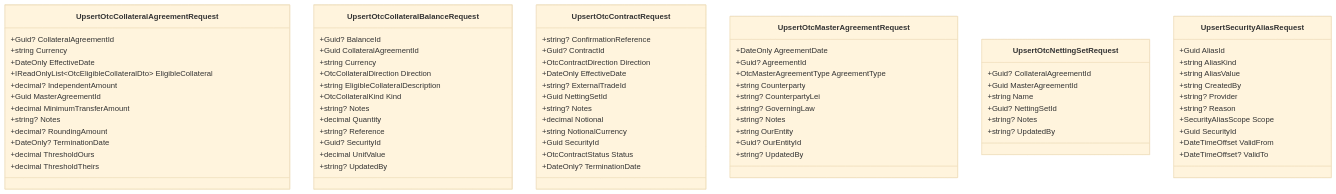
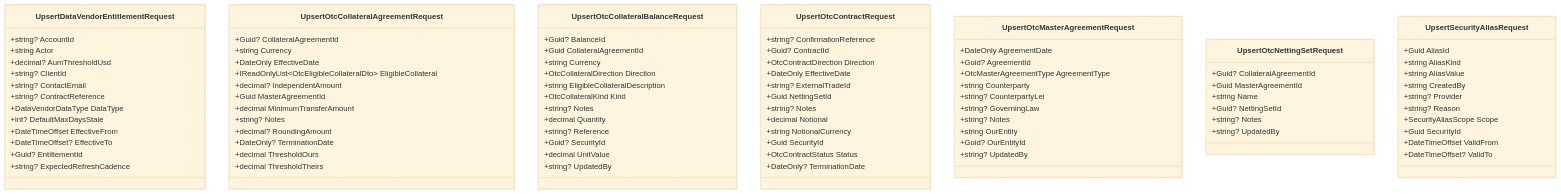
Before and after one commit to rodoHasArrived/Meridian-main: the diagram in docs/generated/database/contracts/security-master-contracts-page-07.md, drawn with Mermaid (base theme). The commit also changed other lines of this file and 22 other files, not shown here.

````diff
--- a/docs/generated/database/contracts/security-master-contracts-page-07.md
+++ b/docs/generated/database/contracts/security-master-contracts-page-07.md
@@ -7,6 +7,20 @@
 ```mermaid
 classDiagram
     %% security-master-contracts: module mapping, not DTO/table equivalence
+    class Meridian_Contracts_SecurityMaster_UpsertDataVendorEntitlementRequest["UpsertDataVendorEntitlementRequest"] {
+        +string? AccountId
+        +string Actor
+        +decimal? AumThresholdUsd
+        +string? ClientId
+        +string? ContactEmail
+        +string? ContractReference
+        +DataVendorDataType DataType
+        +int? DefaultMaxDaysStale
+        +DateTimeOffset EffectiveFrom
+        +DateTimeOffset? EffectiveTo
+        +Guid? EntitlementId
+        +string? ExpectedRefreshCadence
+    }
     class Meridian_Contracts_SecurityMaster_UpsertOtcCollateralAgreementRequest["UpsertOtcCollateralAgreementRequest"] {
         +Guid? CollateralAgreementId
         +string Currency
````
